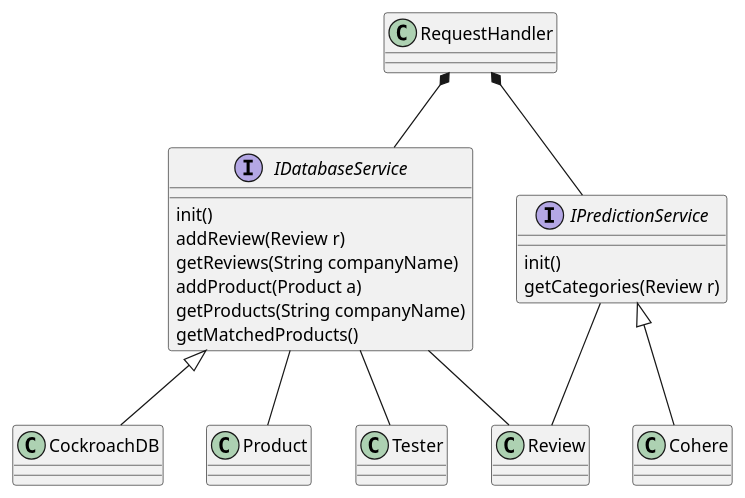
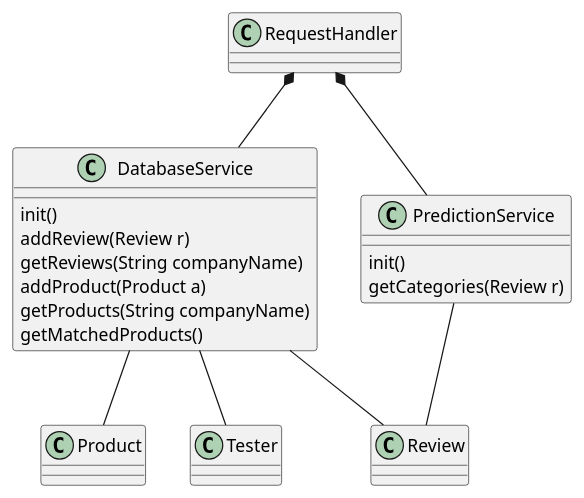
Before and after one commit to Aksh4y2604/HackTheNorth2022: the diagram in diagrams/Service Architecture.puml, drawn with PlantUML. The commit also changed 2 other files, not shown here.

Commit message:
refactored service architecture

```diff
--- a/diagrams/Service Architecture.puml
+++ b/diagrams/Service Architecture.puml
@@ -1,32 +1,28 @@
 @startuml
 'https://plantuml.com/class-diagram
 
-interface IDatabaseService {
+class DatabaseService {
     init()
     addReview(Review r)
     getReviews(String companyName)
     addProduct(Product a)
     getProducts(String companyName)
     getMatchedProducts()
 }
-interface IPredictionService {
+class PredictionService {
     init()
     getCategories(Review r)
 }
-class CockroachDB
-class Cohere
 class Product
 class Review
 class RequestHandler
 class Tester
 
-RequestHandler *-- IDatabaseService
-RequestHandler *-- IPredictionService
-IDatabaseService <|-- CockroachDB
-IPredictionService <|-- Cohere
-IDatabaseService -- Review
-IDatabaseService -- Product
-IDatabaseService -- Tester
-IPredictionService -- Review
+RequestHandler *-- DatabaseService
+RequestHandler *-- PredictionService
+DatabaseService -- Review
+DatabaseService -- Product
+DatabaseService -- Tester
+PredictionService -- Review
 
 @enduml
```
